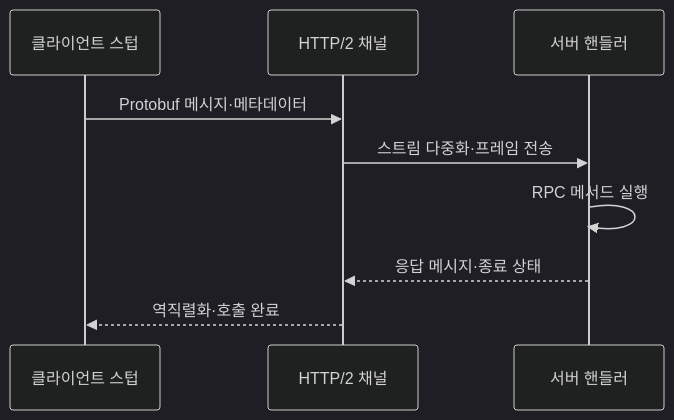
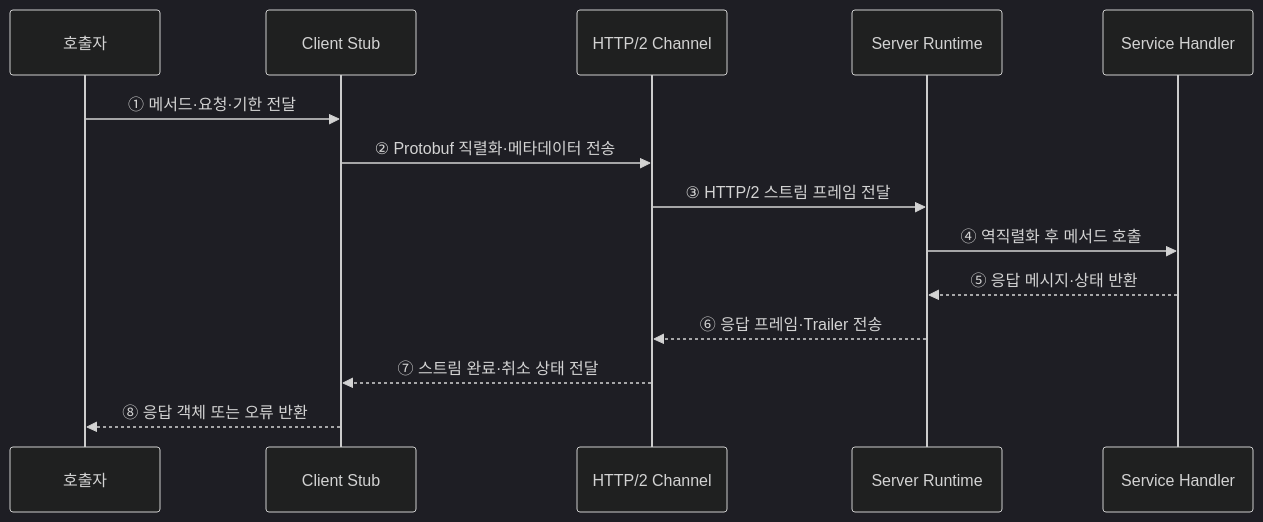
The second of 2 diagrams in src/content/docs/notes/03-software/173_grpc.md (agnusdei1207/knowledge-base), drawn with Mermaid (dark theme) before and after one commit. The commit also changed other lines of this file and 20 other files, not shown here.

````diff
--- a/src/content/docs/notes/03-software/173_grpc.md
+++ b/src/content/docs/notes/03-software/173_grpc.md
@@ -85,11 +73,16 @@
 ```mermaid
 sequenceDiagram
-    participant C as 클라이언트 스텁
-    participant H as HTTP/2 채널
-    participant S as 서버 핸들러
-    C->>H: Protobuf 메시지·메타데이터
-    H->>S: 스트림 다중화·프레임 전송
-    S->>S: RPC 메서드 실행
-    S-->>H: 응답 메시지·종료 상태
-    H-->>C: 역직렬화·호출 완료
+    participant A as 호출자
+    participant C as Client Stub
+    participant H as HTTP/2 Channel
+    participant R as Server Runtime
+    participant S as Service Handler
+    A->>C: ① 메서드·요청·기한 전달
+    C->>H: ② Protobuf 직렬화·메타데이터 전송
+    H->>R: ③ HTTP/2 스트림 프레임 전달
+    R->>S: ④ 역직렬화 후 메서드 호출
+    S-->>R: ⑤ 응답 메시지·상태 반환
+    R-->>H: ⑥ 응답 프레임·Trailer 전송
+    H-->>C: ⑦ 스트림 완료·취소 상태 전달
+    C-->>A: ⑧ 응답 객체 또는 오류 반환
 ```
````
